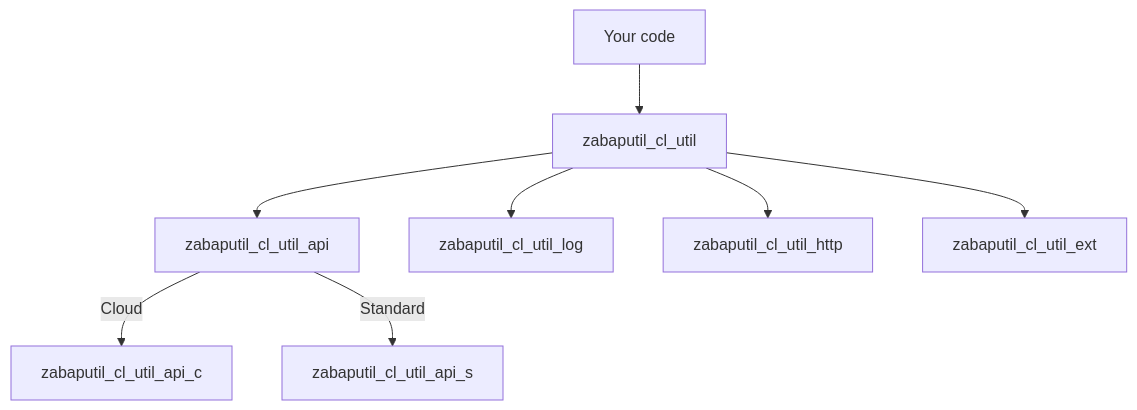
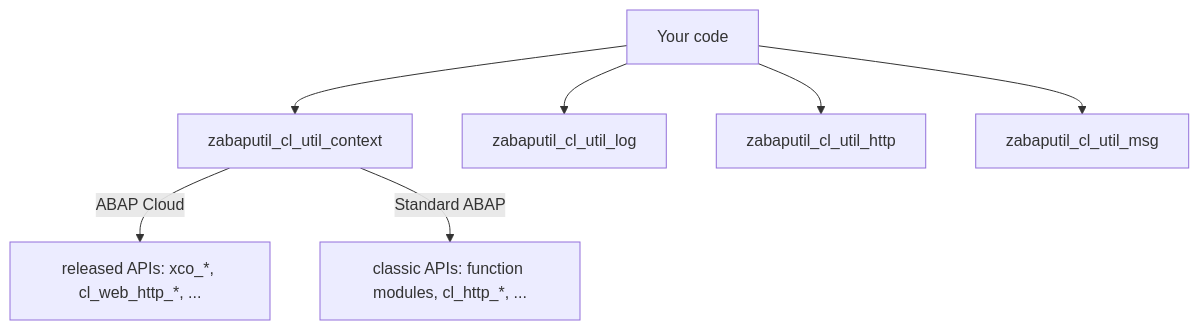
The diagram in docs/guide/architecture.md (abap-util/docs), drawn with Mermaid before and after one commit. The commit also changed other lines of this file and 49 other files, not shown here.

First line of the commit message:
docs: sync with abap-util main (4fa7159)

````diff
--- a/docs/guide/architecture.md
+++ b/docs/guide/architecture.md
@@ -31,10 +28,9 @@
 ```mermaid
 flowchart TD
-  caller[Your code] --> facade[zabaputil_cl_util]
-  facade --> api[zabaputil_cl_util_api]
-  api -->|Cloud| api_c[zabaputil_cl_util_api_c]
-  api -->|Standard| api_s[zabaputil_cl_util_api_s]
-  facade --> log[zabaputil_cl_util_log]
-  facade --> http[zabaputil_cl_util_http]
-  facade --> ext[zabaputil_cl_util_ext]
+  caller[Your code] --> ctx[zabaputil_cl_util_context]
+  ctx -->|ABAP Cloud| cloud[released APIs: xco_*, cl_web_http_*, ...]
+  ctx -->|Standard ABAP| std[classic APIs: function modules, cl_http_*, ...]
+  caller --> log[zabaputil_cl_util_log]
+  caller --> http[zabaputil_cl_util_http]
+  caller --> msg[zabaputil_cl_util_msg]
 ```
````
